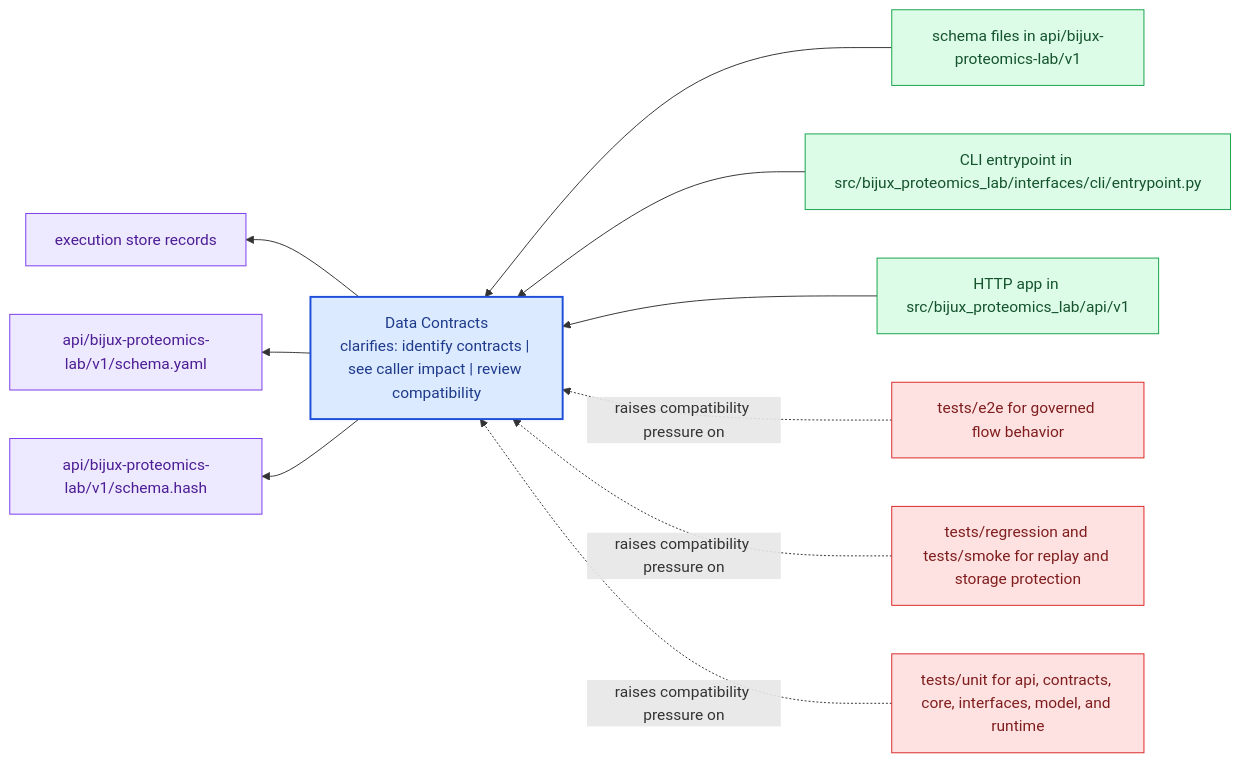
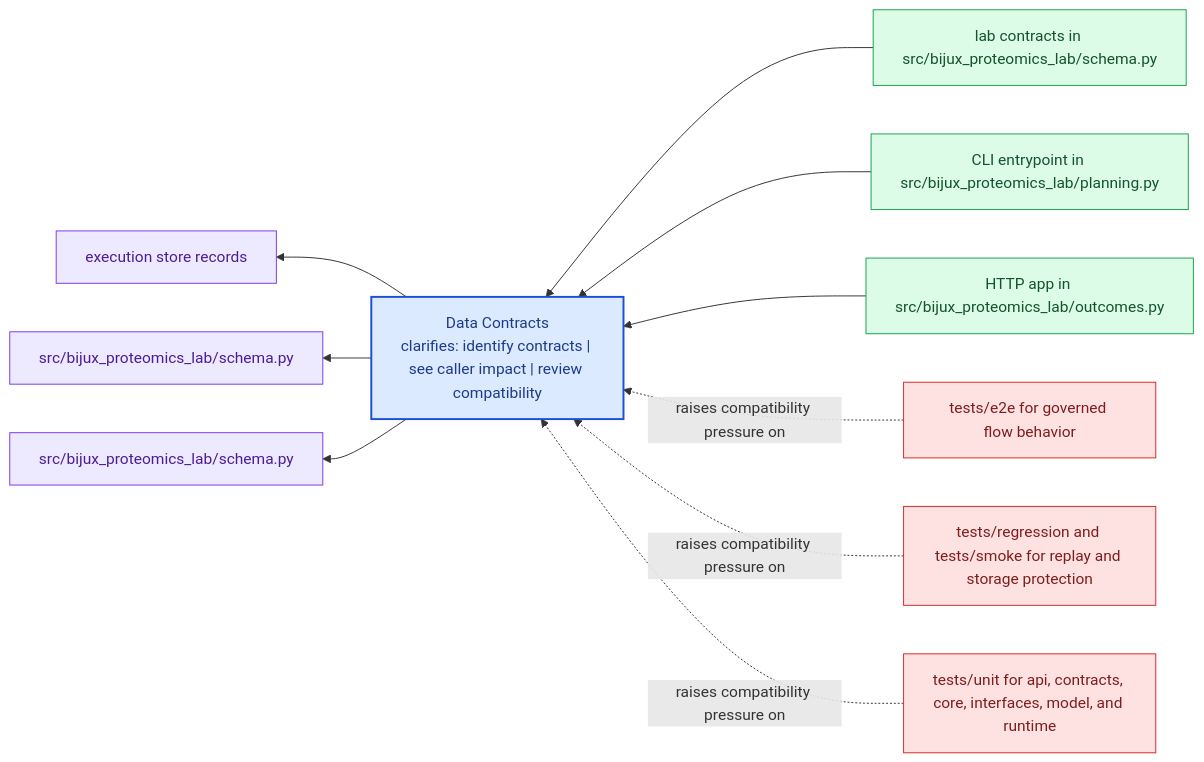
Before and after one commit to bijux/bijux-proteomics: the diagram in docs/bijux-proteomics-lab/interfaces/data-contracts.md, drawn with Mermaid. The commit also changed other lines of this file and 24 other files, not shown here.

Commit message:
docs(bijux-proteomics-lab): align handbook with assay planning and outcome loops

````diff
--- a/docs/bijux-proteomics-lab/interfaces/data-contracts.md
+++ b/docs/bijux-proteomics-lab/interfaces/data-contracts.md
@@ -23,31 +23,31 @@
 ```mermaid
 flowchart RL
     page["Data Contracts<br/>clarifies: identify contracts | see caller impact | review compatibility"]
     classDef page fill:#dbeafe,stroke:#1d4ed8,color:#1e3a8a,stroke-width:2px;
     classDef positive fill:#dcfce7,stroke:#16a34a,color:#14532d;
     classDef caution fill:#fee2e2,stroke:#dc2626,color:#7f1d1d;
     classDef anchor fill:#ede9fe,stroke:#7c3aed,color:#4c1d95;
     classDef action fill:#fef3c7,stroke:#d97706,color:#7c2d12;
-    surface1["schema files in api/bijux-proteomics-lab/v1"]
+    surface1["lab contracts in src/bijux_proteomics_lab/schema.py"]
     surface1 --> page
-    surface2["CLI entrypoint in src/bijux_proteomics_lab/interfaces/cli/entrypoint.py"]
+    surface2["CLI entrypoint in src/bijux_proteomics_lab/planning.py"]
     surface2 --> page
-    surface3["HTTP app in src/bijux_proteomics_lab/api/v1"]
+    surface3["HTTP app in src/bijux_proteomics_lab/outcomes.py"]
     surface3 --> page
     proof1["execution store records"]
     page --> proof1
-    proof2["api/bijux-proteomics-lab/v1/schema.yaml"]
+    proof2["src/bijux_proteomics_lab/schema.py"]
     page --> proof2
-    proof3["api/bijux-proteomics-lab/v1/schema.hash"]
+    proof3["src/bijux_proteomics_lab/schema.py"]
     page --> proof3
     review1["tests/e2e for governed flow behavior"]
     review1 -.raises compatibility pressure on.-> page
     review2["tests/regression and tests/smoke for replay and storage protection"]
     review2 -.raises compatibility pressure on.-> page
     review3["tests/unit for api, contracts, core, interfaces, model, and runtime"]
     review3 -.raises compatibility pressure on.-> page
     class page page;
     class surface1,surface2,surface3 positive;
     class proof1,proof2,proof3 anchor;
     class review1,review2,review3 caution;
 ```
````
